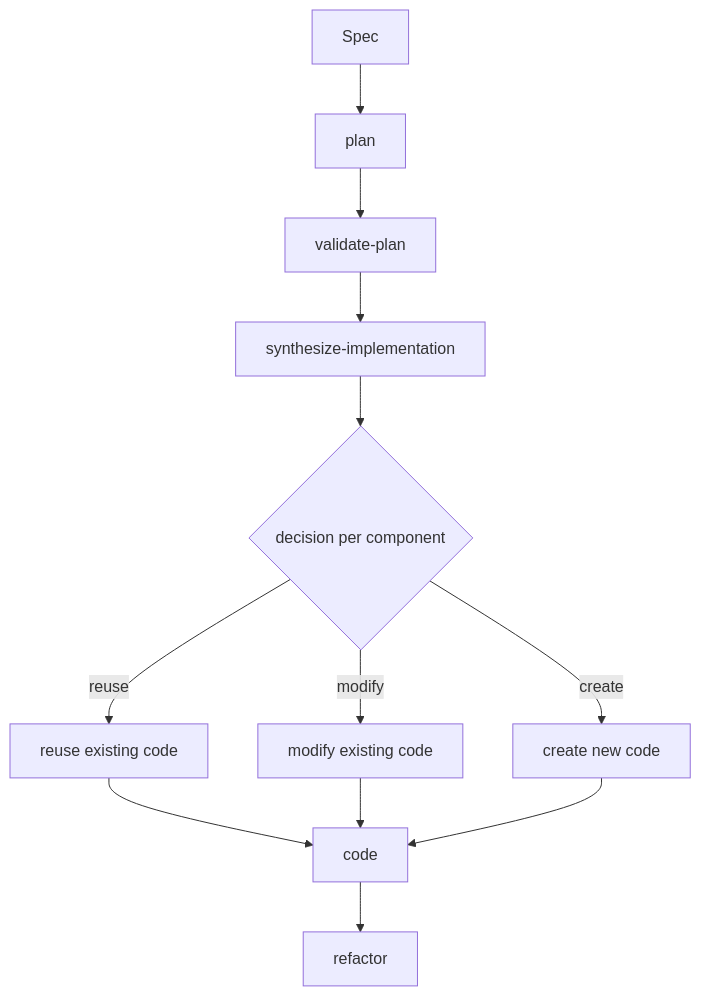
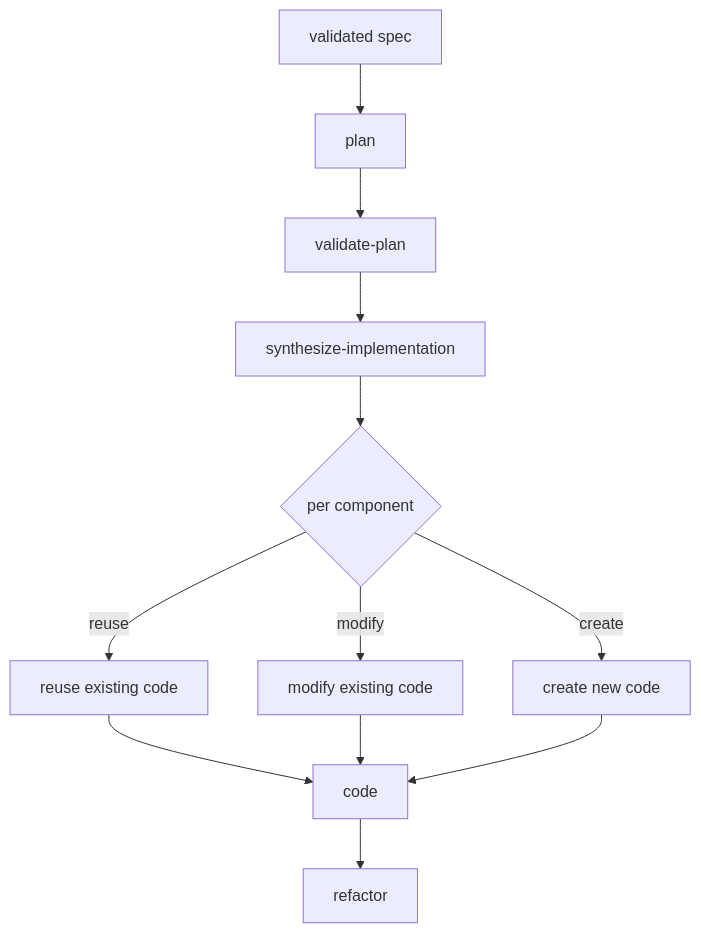
Before and after one commit to Swift-Gurus/solid-coder: the second of 6 diagrams in README.md, drawn with Mermaid. The commit also changed other lines of this file, not shown here.

````diff
--- a/README.md
+++ b/README.md
@@ -128,14 +57,14 @@
 ```mermaid
 flowchart TD
-    S[Spec] --> P[plan]
+    S[validated spec] --> P[plan]
     P --> VP[validate-plan]
     VP --> SI[synthesize-implementation]
-    SI --> D{decision per component}
+    SI --> D{per component}
     D -->|reuse| RU[reuse existing code]
     D -->|modify| MO[modify existing code]
     D -->|create| CR[create new code]
     RU --> C[code]
     MO --> C
     CR --> C
     C --> R[refactor]
 ```
````
